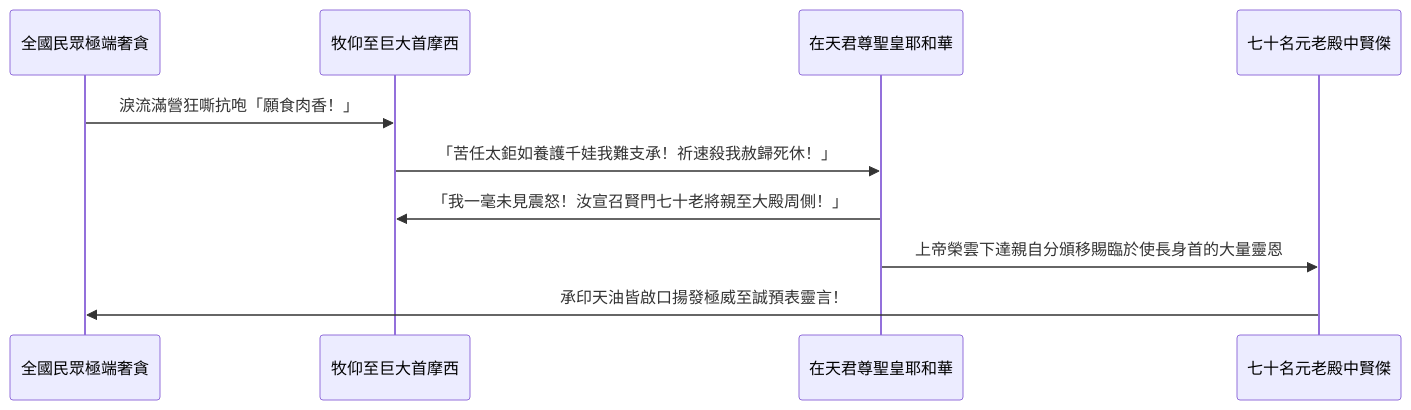
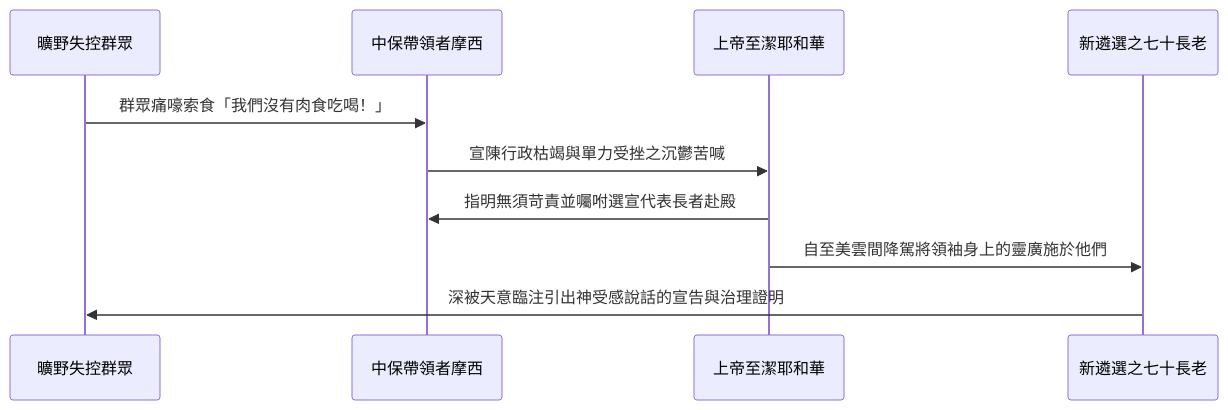
One commit to andyjr5566/Bible_wiki_zh changed the second of 2 diagrams in 04 民數記/第11章.md. Above: the diagram before and after it, drawn with Mermaid. The commit also changed other lines of this file and 22 other files, not shown here.

````diff
--- a/04 民數記/第11章.md
+++ b/04 民數記/第11章.md
@@ -122,13 +122,13 @@
 ```mermaid
 sequenceDiagram
-    participant 全國民眾極端奢貪
-    participant 牧仰至巨大首摩西
-    participant 在天君尊聖皇耶和華
-    participant 七十名元老殿中賢傑
+    participant 曠野失控群眾
+    participant 中保帶領者摩西
+    participant 上帝至潔耶和華
+    participant 新遴選之七十長老
     
-    全國民眾極端奢貪->>牧仰至巨大首摩西: 淚流滿營狂嘶抗咆「願食肉香！」
-    牧仰至巨大首摩西->>在天君尊聖皇耶和華: 「苦任太鉅如養護千娃我難支承！祈速殺我赦歸死休！」
-    在天君尊聖皇耶和華->>牧仰至巨大首摩西: 「我一毫未見震怒！汝宣召賢門七十老將親至大殿周側！」
-    在天君尊聖皇耶和華->>七十名元老殿中賢傑: 上帝榮雲下達親自分頒移賜臨於使長身首的大量靈恩
-    七十名元老殿中賢傑->>全國民眾極端奢貪: 承印天油皆啟口揚發極威至誠預表靈言！
+    曠野失控群眾->>中保帶領者摩西: 群眾痛嚎索食「我們沒有肉食吃喝！」
+    中保帶領者摩西->>上帝至潔耶和華: 宣陳行政枯竭與單力受挫之沉鬱苦喊
+    上帝至潔耶和華->>中保帶領者摩西: 指明無須苛責並囑咐選宣代表長者赴殿
+    上帝至潔耶和華->>新遴選之七十長老: 自至美雲間降駕將領袖身上的靈廣施於他們
+    新遴選之七十長老->>曠野失控群眾: 深被天意臨注引出神受感說話的宣告與治理證明
 ```
````
